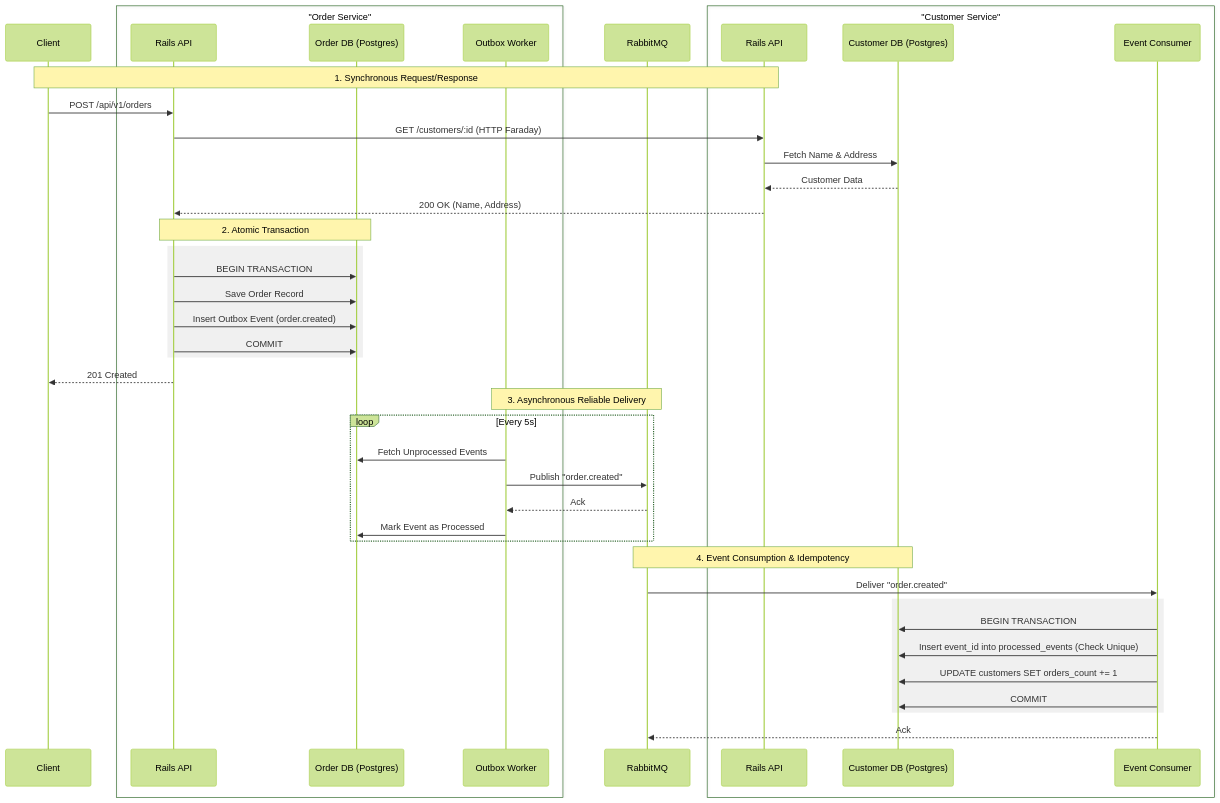
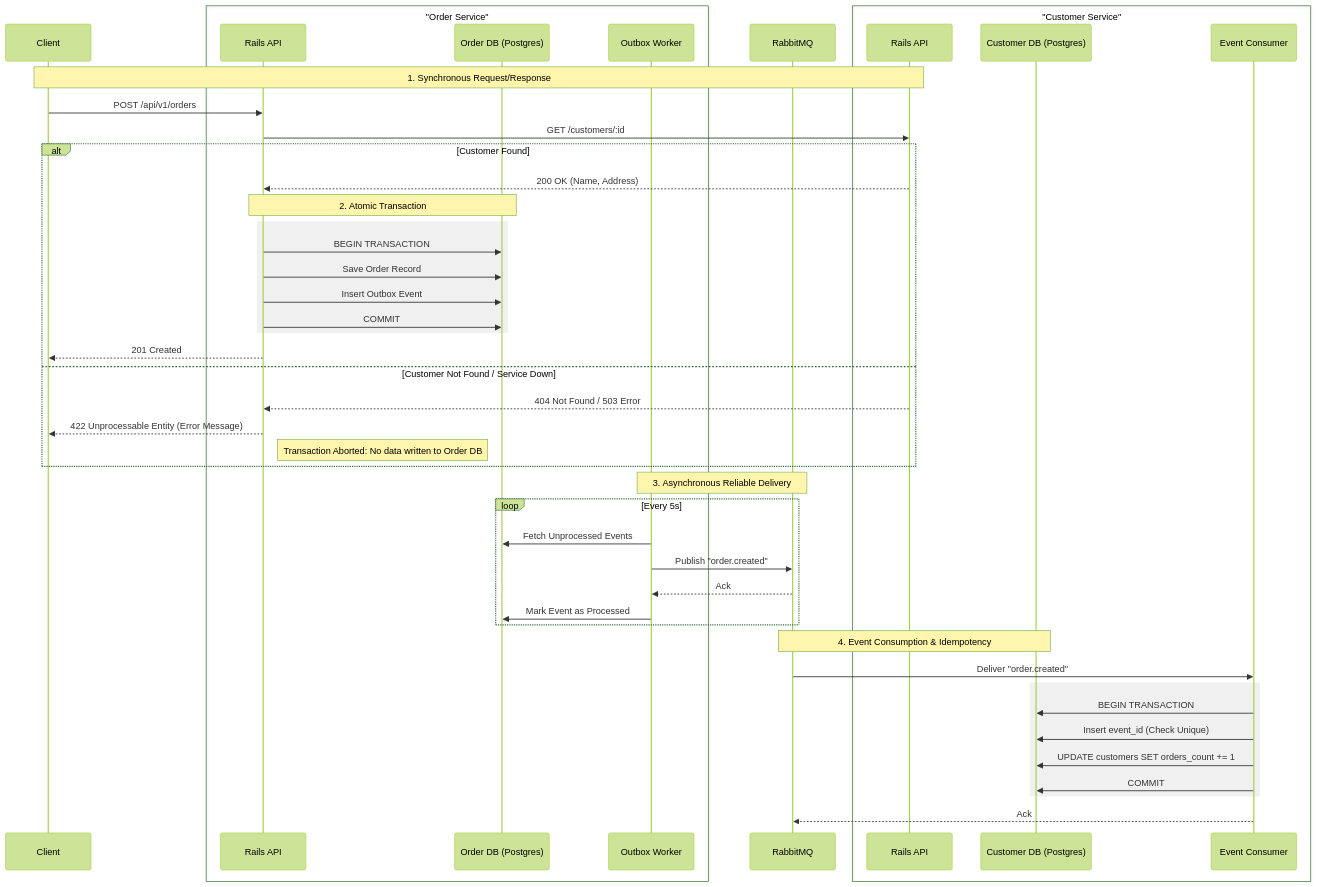
The diagram in README.md (kenderb/backend-challenge), drawn with Mermaid (forest theme) before and after one commit.

Commit message:
docs(readme): update Architecture diagram

````diff
--- a/README.md
+++ b/README.md
@@ -23,49 +23,53 @@
 ```mermaid
 sequenceDiagram
     participant Client
     box "Order Service"
     participant OS as Rails API
     participant DB1 as Order DB (Postgres)
     participant Worker as Outbox Worker
     end
     participant RMQ as RabbitMQ
     box "Customer Service"
     participant CS as Rails API
     participant DB2 as Customer DB (Postgres)
     participant Consumer as Event Consumer
     end
 
     Note over Client, CS: 1. Synchronous Request/Response
     Client->>OS: POST /api/v1/orders
-    OS->>CS: GET /customers/:id (HTTP Faraday)
-    CS->>DB2: Fetch Name & Address
-    DB2-->>CS: Customer Data
-    CS-->>OS: 200 OK (Name, Address)
-
-    Note over OS, DB1: 2. Atomic Transaction
-    rect rgb(240, 240, 240)
-        OS->>DB1: BEGIN TRANSACTION
-        OS->>DB1: Save Order Record
-        OS->>DB1: Insert Outbox Event (order.created)
-        OS->>DB1: COMMIT
+    OS->>CS: GET /customers/:id
+    
+    alt Customer Found
+        CS-->>OS: 200 OK (Name, Address)
+        Note over OS, DB1: 2. Atomic Transaction
+        rect rgb(240, 240, 240)
+            OS->>DB1: BEGIN TRANSACTION
+            OS->>DB1: Save Order Record
+            OS->>DB1: Insert Outbox Event
+            OS->>DB1: COMMIT
+        end
+        OS-->>Client: 201 Created
+    else Customer Not Found / Service Down
+        CS-->>OS: 404 Not Found / 503 Error
+        OS-->>Client: 422 Unprocessable Entity (Error Message)
+        Note right of OS: Transaction Aborted: No data written to Order DB
     end
-    OS-->>Client: 201 Created
 
     Note over Worker, RMQ: 3. Asynchronous Reliable Delivery
     loop Every 5s
         Worker->>DB1: Fetch Unprocessed Events
         Worker->>RMQ: Publish "order.created"
         RMQ-->>Worker: Ack
         Worker->>DB1: Mark Event as Processed
     end
 
     Note over RMQ, DB2: 4. Event Consumption & Idempotency
     RMQ->>Consumer: Deliver "order.created"
     rect rgb(240, 240, 240)
         Consumer->>DB2: BEGIN TRANSACTION
-        Consumer->>DB2: Insert event_id into processed_events (Check Unique)
+        Consumer->>DB2: Insert event_id (Check Unique)
         Consumer->>DB2: UPDATE customers SET orders_count += 1
         Consumer->>DB2: COMMIT
     end
     Consumer-->>RMQ: Ack
 ```
````
